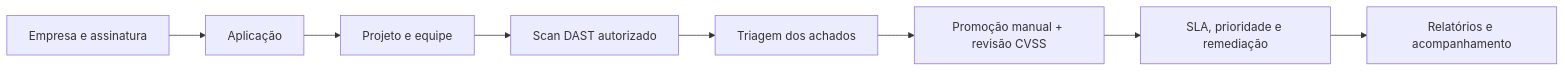
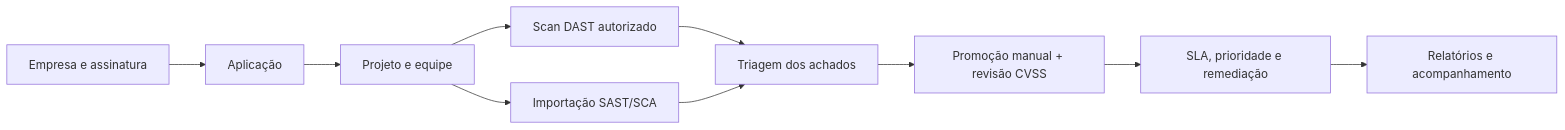
The first of 2 diagrams in README.md (guimunizzz/Vulnera-TCC), drawn with Mermaid before and after one commit. The commit also changed other lines of this file and 35 other files, not shown here.

````diff
--- a/README.md
+++ b/README.md
@@ -28,10 +29,12 @@
 ```mermaid
 flowchart LR
     A[Empresa e assinatura] --> B[Aplicação]
     B --> C[Projeto e equipe]
     C --> D[Scan DAST autorizado]
+    C --> S[Importação SAST/SCA]
     D --> E[Triagem dos achados]
+    S --> E
     E --> F[Promoção manual + revisão CVSS]
     F --> G[SLA, prioridade e remediação]
     G --> H[Relatórios e acompanhamento]
 ```
````
